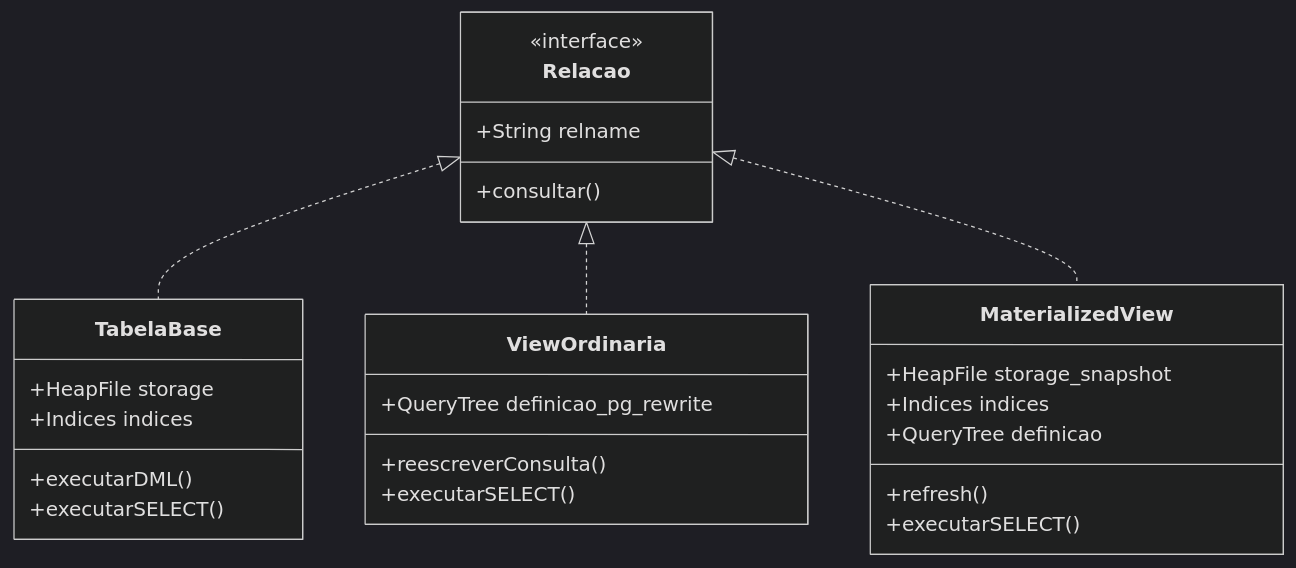
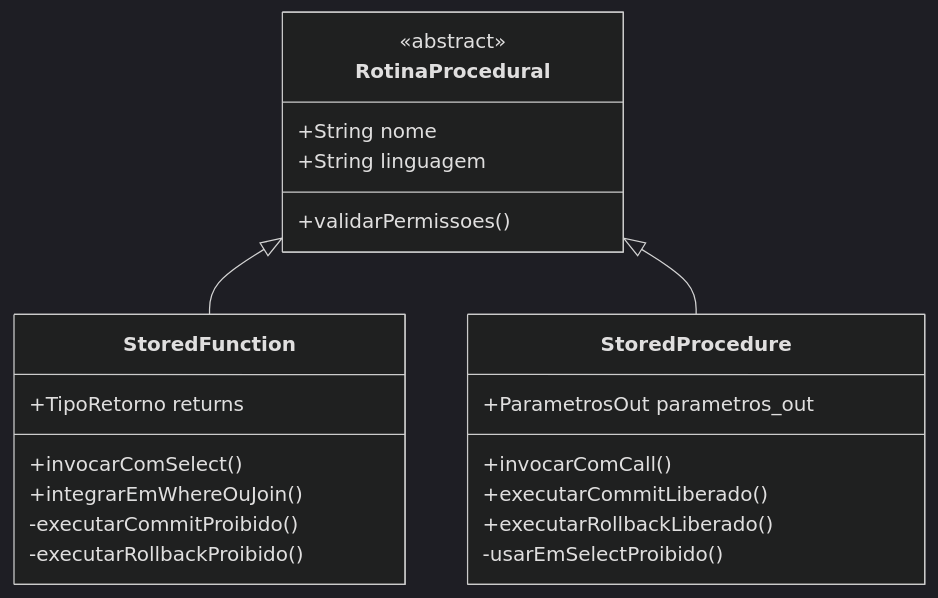
The seventh of 11 diagrams in 4º Semestre/[Prof. Welington Garcia] Tópicos Avançados em Banco de Dados/Resumos-IA/Caderno-Consolidado.md (murilolol/unifef), drawn with Mermaid (dark theme) before and after one commit. The commit also changed other lines of this file and 18 other files, not shown here.

````diff
--- a/4º Semestre/[Prof. Welington Garcia] Tópicos Avançados em Banco de Dados/Resumos-IA/Caderno-Consolidado.md
+++ b/4º Semestre/[Prof. Welington Garcia] Tópicos Avançados em Banco de Dados/Resumos-IA/Caderno-Consolidado.md
@@ -206,30 +381,28 @@
 ```mermaid
 classDiagram
-    class Relacao {
-        <<interface>>
-        +String relname
-        +consultar()
-    }
-    class TabelaBase {
-        +HeapFile storage
-        +Indices indices
-        +executarDML()
-        +executarSELECT()
-    }
-    class ViewOrdinaria {
-        +QueryTree definicao_pg_rewrite
-        +reescreverConsulta()
-        +executarSELECT()
-    }
-    class MaterializedView {
-        +HeapFile storage_snapshot
-        +Indices indices
-        +QueryTree definicao
-        +refresh()
-        +executarSELECT()
-    }
+  class RotinaProcedural {
+    <<abstract>>
+    +String nome
+    +String linguagem
+    +validarPermissoes()
+  }
 
-    Relacao <|.. TabelaBase
-    Relacao <|.. ViewOrdinaria
-    Relacao <|.. MaterializedView
+  class StoredFunction {
+    +TipoRetorno returns
+    +invocarComSelect()
+    +integrarEmWhereOuJoin()
+    -executarCommitProibido()
+    -executarRollbackProibido()
+  }
+
+  class StoredProcedure {
+    +ParametrosOut parametros_out
+    +invocarComCall()
+    +executarCommitLiberado()
+    +executarRollbackLiberado()
+    -usarEmSelectProibido()
+  }
+
+  RotinaProcedural <|-- StoredFunction
+  RotinaProcedural <|-- StoredProcedure
 ```
````
